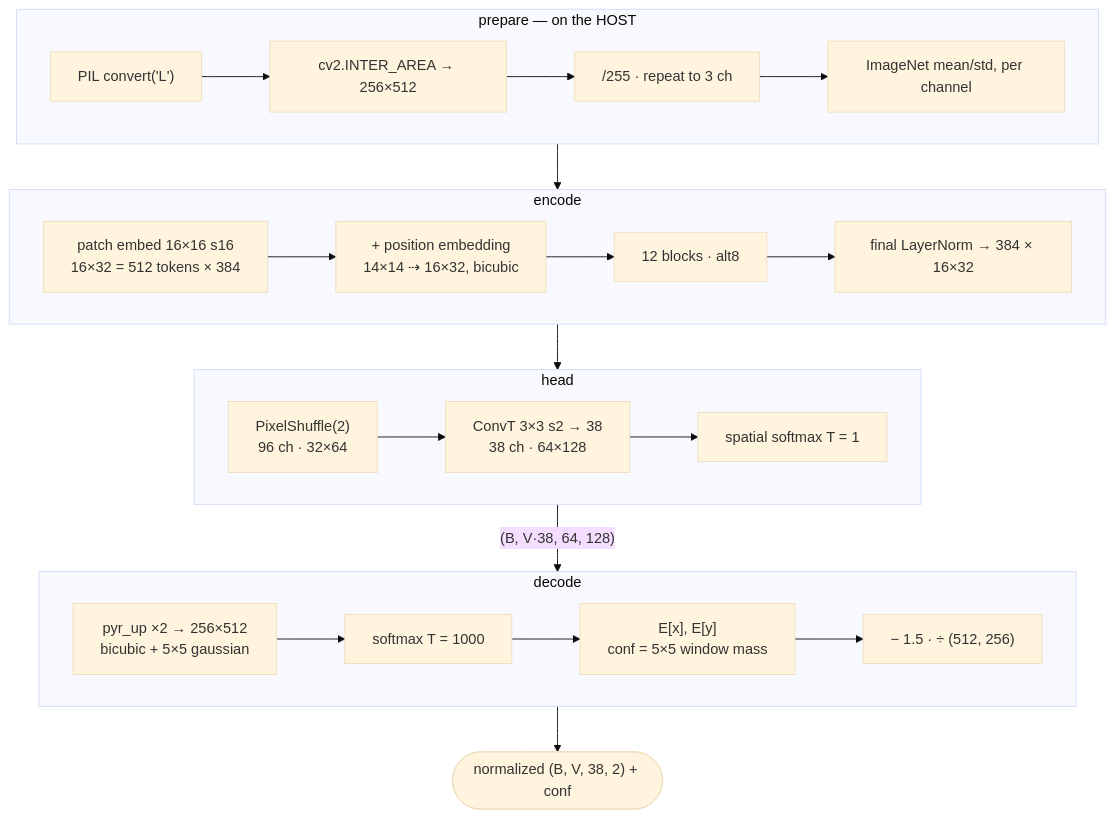
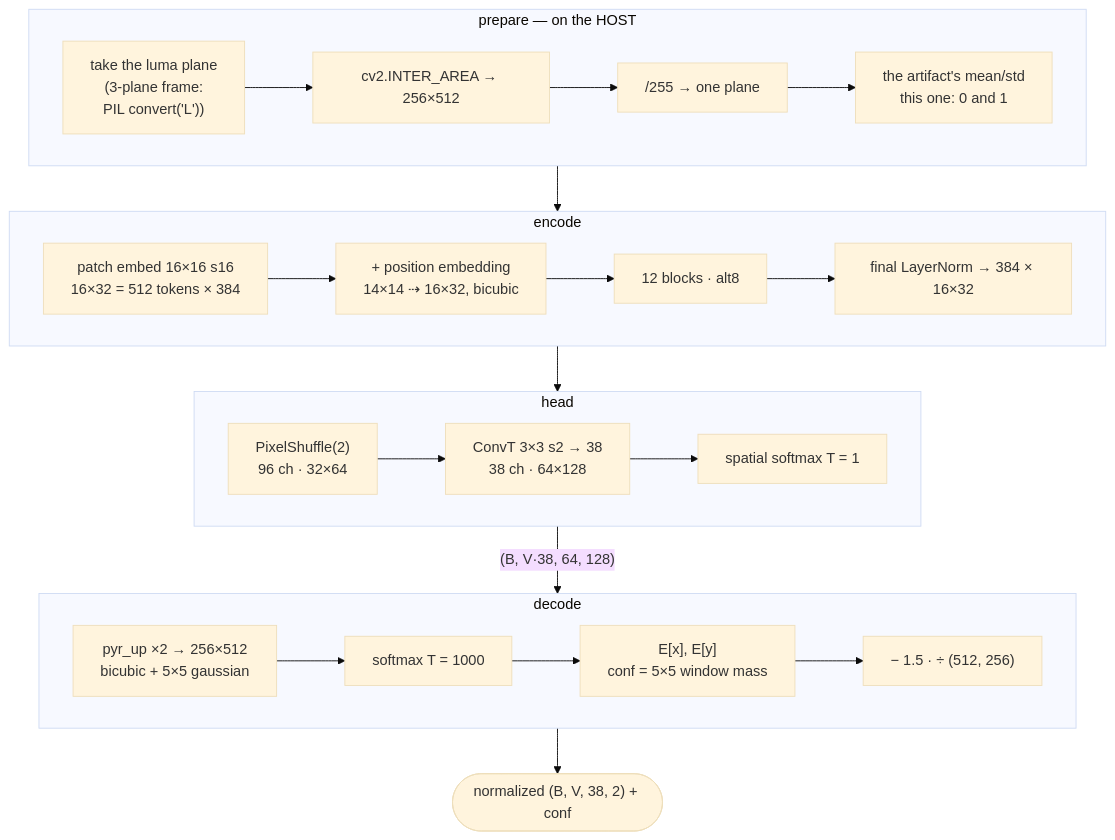
One commit to NeLy-EPFL/deeperfly changed the seventh of 7 diagrams in docs/explanation/detectors.md. Above: the diagram before and after it, drawn with Mermaid (base theme). The commit also changed other lines of this file and 17 other files, not shown here.

````diff
--- a/docs/explanation/detectors.md
+++ b/docs/explanation/detectors.md
@@ -260,42 +389,42 @@
 ```mermaid
 flowchart TD
   subgraph PREP["prepare — on the HOST"]
     direction LR
-    p1["PIL convert('L')"]
+    p1["take the luma plane<br>(3-plane frame:<br>PIL convert('L'))"]
     p2["cv2.INTER_AREA → 256×512"]
-    p3["/255 · repeat to 3 ch"]
-    p4["ImageNet mean/std, per channel"]
+    p3["/255 → one plane"]
+    p4["the artifact's mean/std<br>this one: 0 and 1"]
     p1 --> p2 --> p3 --> p4
   end
 
   subgraph ENC["encode"]
     direction LR
     e1["patch embed 16×16 s16<br>16×32 = 512 tokens × 384"]
     e2["+ position embedding<br>14×14 ⇢ 16×32, bicubic"]
     e3["12 blocks · alt8"]
     e4["final LayerNorm → 384 × 16×32"]
     e1 --> e2 --> e3 --> e4
   end
 
   subgraph HEAD["head"]
     direction LR
     h1["PixelShuffle(2)<br>96 ch · 32×64"]
     h2["ConvT 3×3 s2 → 38<br>38 ch · 64×128"]
     h3["spatial softmax T = 1"]
     h1 --> h2 --> h3
   end
 
   subgraph DEC["decode"]
     direction LR
     d1["pyr_up ×2 → 256×512<br>bicubic + 5×5 gaussian"]
     d2["softmax T = 1000"]
     d3["E[x], E[y]<br>conf = 5×5 window mass"]
     d4["− 1.5 · ÷ (512, 256)"]
     d1 --> d2 --> d3 --> d4
   end
 
   PREP --> ENC
   ENC --> HEAD
   HEAD -->|"(B, V·38, 64, 128)"| DEC
   DEC --> out(["normalized (B, V, 38, 2) + conf"])
 ```
````
